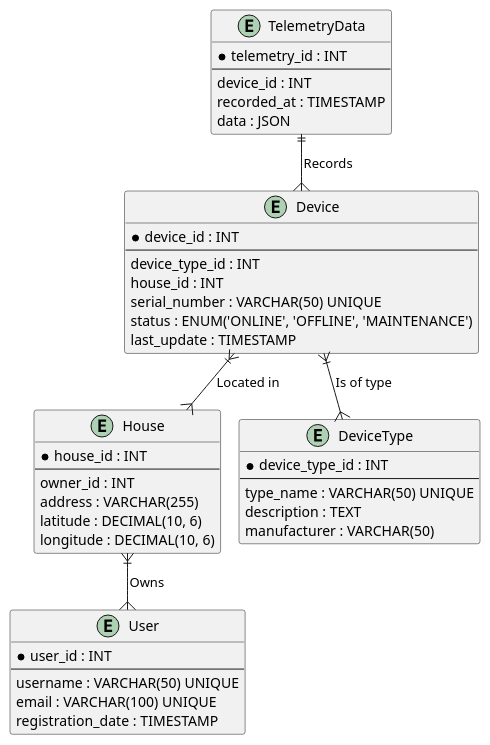
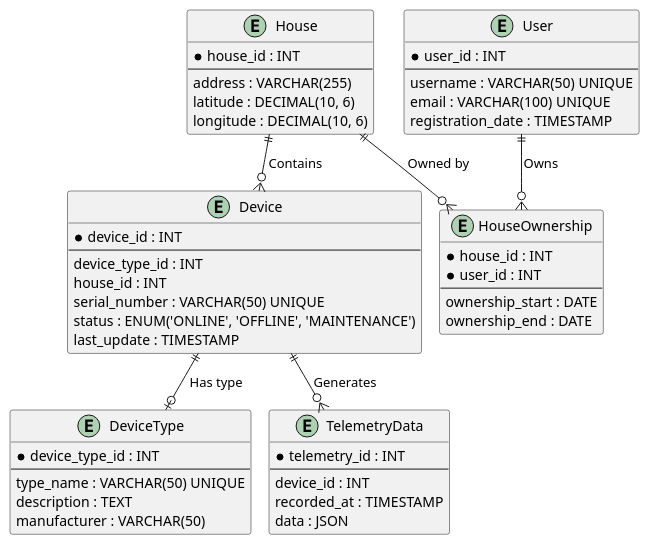
One commit to aosovskii/architecture-sprint-3 changed the diagram in docs/erd/erd.puml. Above: the diagram before and after it, drawn with PlantUML. The commit also changed 6 other files, not shown here.

```diff
--- a/docs/erd/erd.puml
+++ b/docs/erd/erd.puml
@@ -1,55 +1,60 @@
 @startuml
 !pragma layout smetana
 
 entity House {
   * house_id : INT
   --
-  owner_id : INT
   address : VARCHAR(255)
   latitude : DECIMAL(10, 6)
   longitude : DECIMAL(10, 6)
 }
 
-
-entity TelemetryData {
-  * telemetry_id : INT
-  --
-  device_id : INT
-  recorded_at : TIMESTAMP
-  data : JSON
-}
 entity User {
   * user_id : INT
   --
   username : VARCHAR(50) UNIQUE
   email : VARCHAR(100) UNIQUE
   registration_date : TIMESTAMP
 }
 
+entity HouseOwnership {
+  * house_id : INT
+  * user_id : INT
+  --
+  ownership_start : DATE
+  ownership_end : DATE
+}
 
 entity Device {
   * device_id : INT
   --
   device_type_id : INT
   house_id : INT
   serial_number : VARCHAR(50) UNIQUE
   status : ENUM('ONLINE', 'OFFLINE', 'MAINTENANCE')
   last_update : TIMESTAMP
 }
 
 entity DeviceType {
   * device_type_id : INT
   --
   type_name : VARCHAR(50) UNIQUE
   description : TEXT
   manufacturer : VARCHAR(50)
 }
 
+entity TelemetryData {
+  * telemetry_id : INT
+  --
+  device_id : INT
+  recorded_at : TIMESTAMP
+  data : JSON
+}
 
+House ||--o{ HouseOwnership : "Owned by"
+User ||--o{ HouseOwnership : "Owns"
 
-TelemetryData ||--{ Device : Records
-House }|--{ User : Owns
-
-Device }|--{ DeviceType : Is of type
-Device }|--{ House : Located in
+House ||--o{ Device : "Contains"
+Device ||--o{ TelemetryData : "Generates"
+Device ||--o| DeviceType : "Has type"
 @enduml
```
